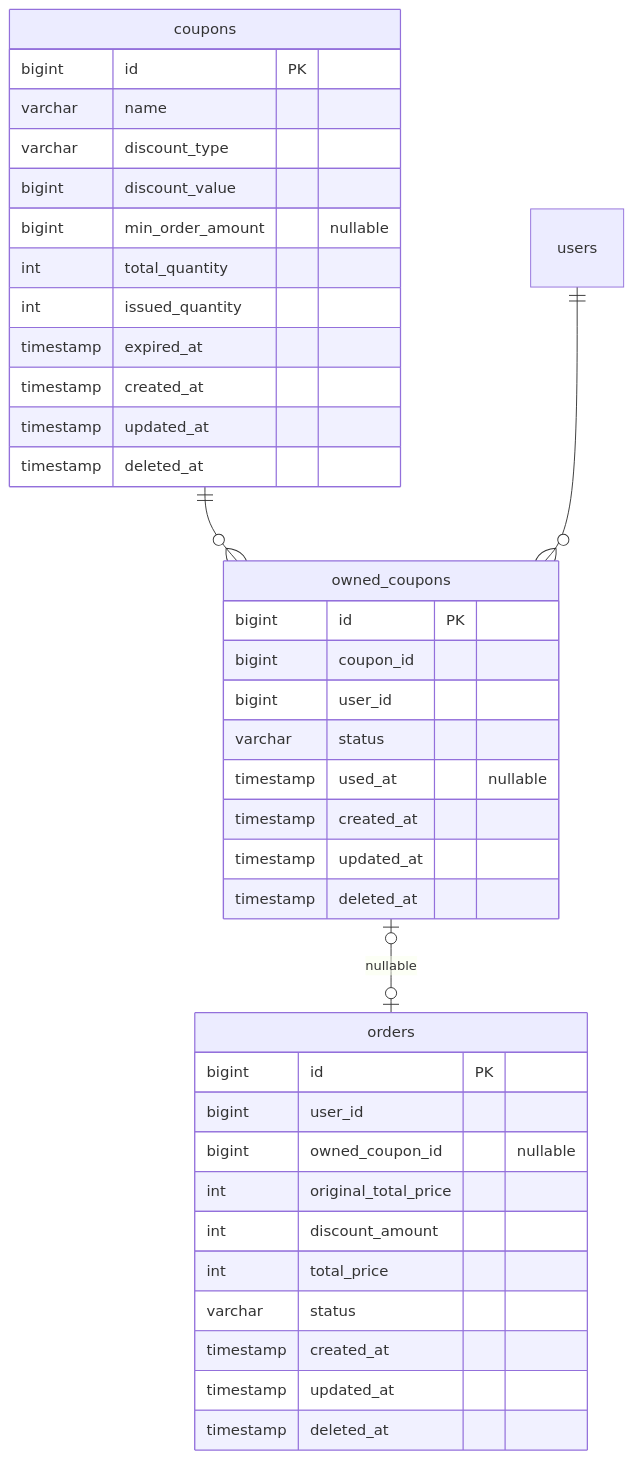
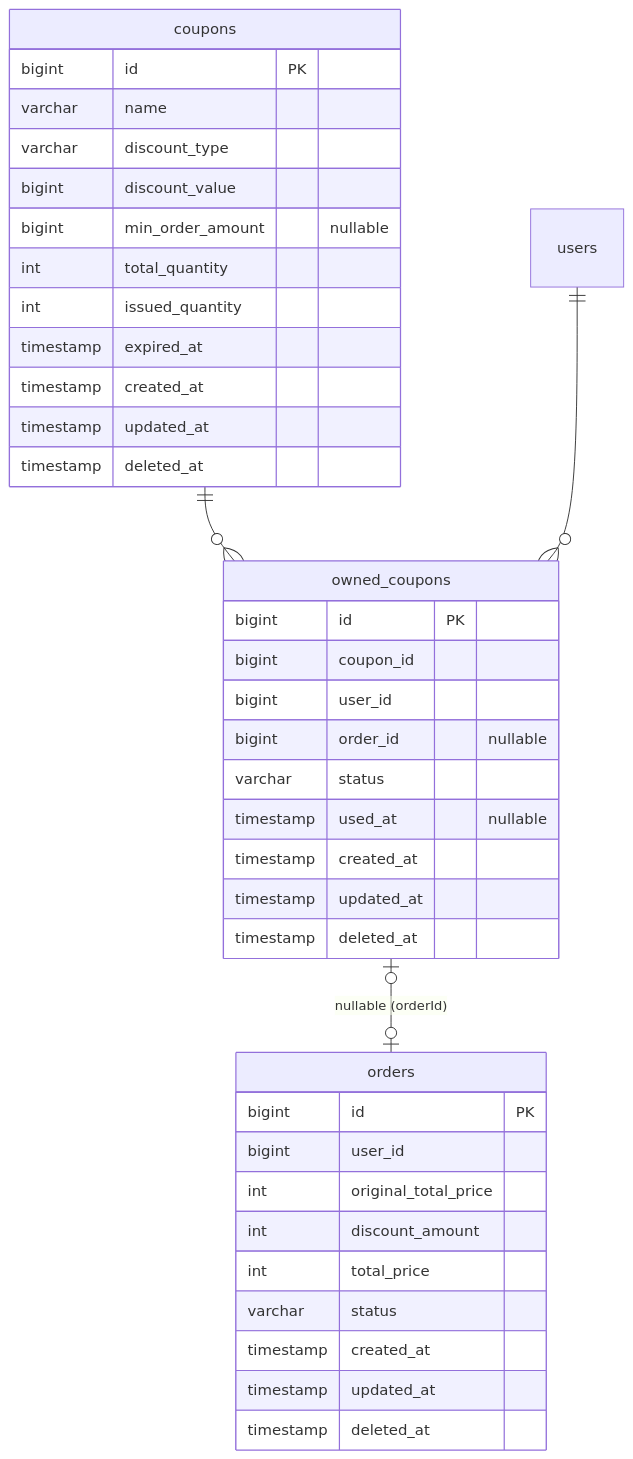
The fifth of 5 diagrams in docs/design/coupon/DESIGN.md (plan11plan/loop-pack-be-l2-vol3-java), drawn with Mermaid before and after one commit. The commit also changed other lines of this file and 4 other files, not shown here.

````diff
--- a/docs/design/coupon/DESIGN.md
+++ b/docs/design/coupon/DESIGN.md
@@ -421,44 +424,44 @@
 ```mermaid
 erDiagram
     coupons {
         bigint id PK
         varchar name
         varchar discount_type
         bigint discount_value
         bigint min_order_amount "nullable"
         int total_quantity
         int issued_quantity
         timestamp expired_at
         timestamp created_at
         timestamp updated_at
         timestamp deleted_at
     }
 
     owned_coupons {
         bigint id PK
         bigint coupon_id
         bigint user_id
+        bigint order_id "nullable"
         varchar status
         timestamp used_at "nullable"
         timestamp created_at
         timestamp updated_at
         timestamp deleted_at
     }
 
     orders {
         bigint id PK
         bigint user_id
-        bigint owned_coupon_id "nullable"
         int original_total_price
         int discount_amount
         int total_price
         varchar status
         timestamp created_at
         timestamp updated_at
         timestamp deleted_at
     }
 
     coupons ||--o{ owned_coupons : ""
     users ||--o{ owned_coupons : ""
-    owned_coupons |o--o| orders : "nullable"
+    owned_coupons |o--o| orders : "nullable (orderId)"
 ```
````
